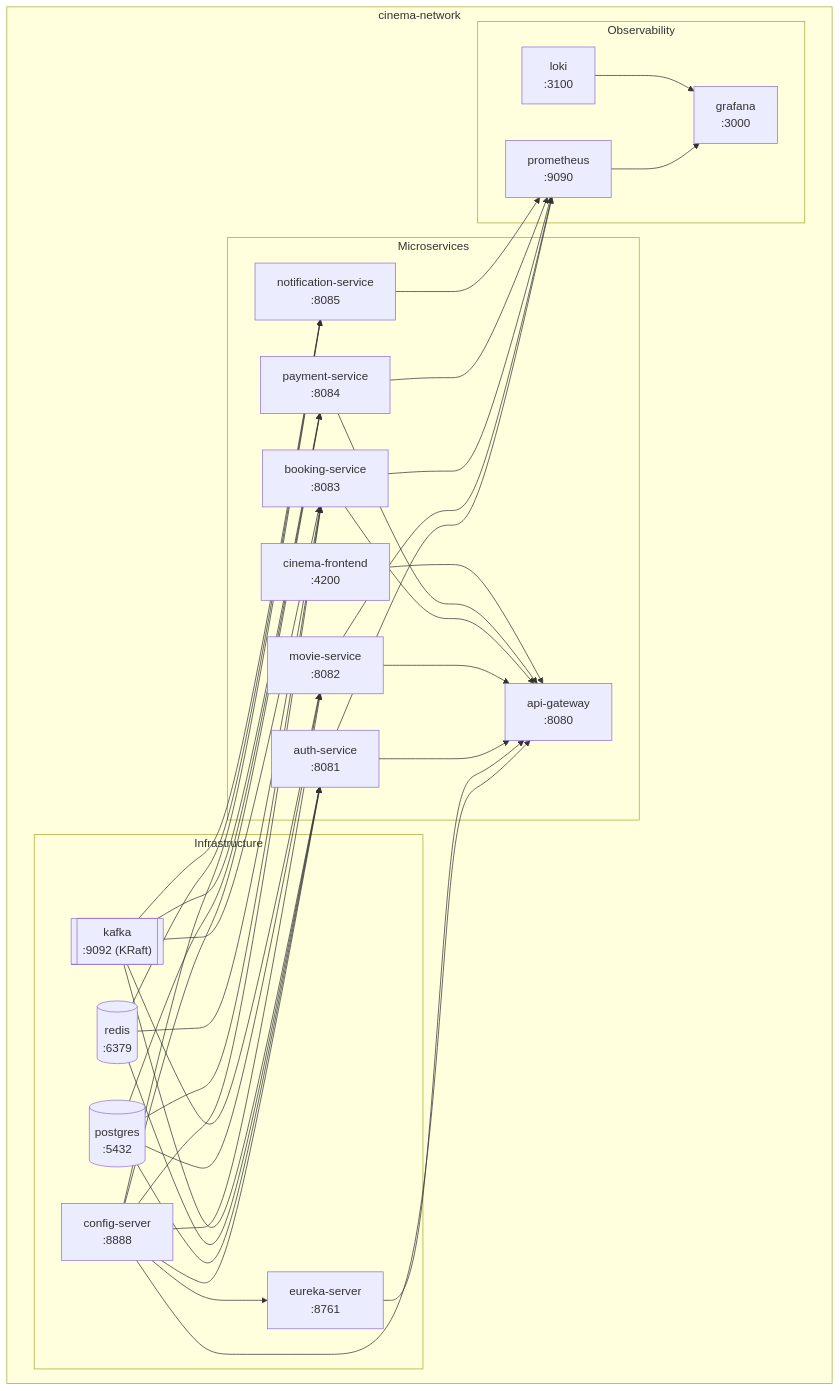
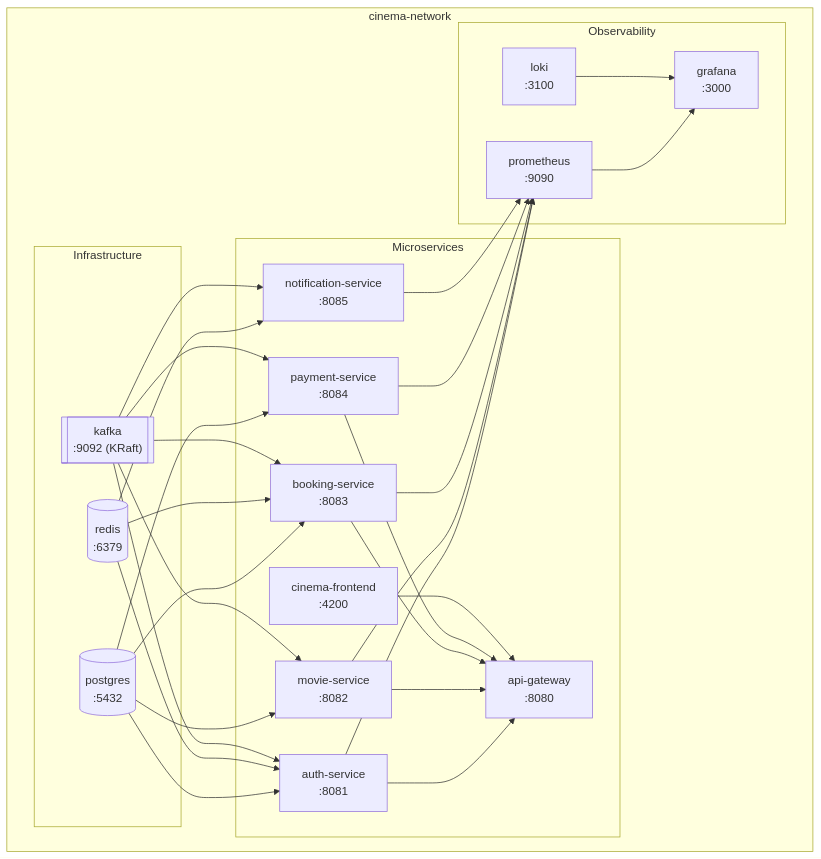
The second of 25 diagrams in docs/system-design-mermaid-diagrams-all-services-flows.md (namnd0312/ms-cinema), drawn with Mermaid before and after one commit. The commit also changed other lines of this file and 49 other files, not shown here.

Commit message:
260409-1934-remove-eureka-config-server

````diff
--- a/docs/system-design-mermaid-diagrams-all-services-flows.md
+++ b/docs/system-design-mermaid-diagrams-all-services-flows.md
@@ -143,62 +126,52 @@
 ```mermaid
 graph LR
     subgraph cinema-network
         direction LR
         subgraph infra["Infrastructure"]
             PG[("postgres\n:5432")]
             Redis[("redis\n:6379")]
             Kafka[["kafka\n:9092 (KRaft)"]]
-            Config["config-server\n:8888"]
-            Eureka["eureka-server\n:8761"]
         end
 
         subgraph services["Microservices"]
             Auth["auth-service\n:8081"]
             Movie["movie-service\n:8082"]
             Booking["booking-service\n:8083"]
             Payment["payment-service\n:8084"]
             Notif["notification-service\n:8085"]
             Gateway["api-gateway\n:8080"]
             Frontend["cinema-frontend\n:4200"]
         end
 
         subgraph observability["Observability"]
             Prometheus["prometheus\n:9090"]
             Grafana["grafana\n:3000"]
             Loki["loki\n:3100"]
         end
     end
 
-    Config --> Eureka
-    Config --> Auth
-    Config --> Movie
-    Config --> Booking
-    Config --> Payment
-    Config --> Notif
-    Config --> Gateway
-    Eureka --> Gateway
     PG --> Auth
     PG --> Movie
     PG --> Booking
     PG --> Payment
     Redis --> Auth
     Redis --> Booking
     Redis --> Notif
     Kafka --> Auth
     Kafka --> Movie
     Kafka --> Booking
     Kafka --> Payment
     Kafka --> Notif
     Auth --> Gateway
     Movie --> Gateway
     Booking --> Gateway
     Payment --> Gateway
     Frontend --> Gateway
     Auth --> Prometheus
     Movie --> Prometheus
     Booking --> Prometheus
     Payment --> Prometheus
     Notif --> Prometheus
     Prometheus --> Grafana
     Loki --> Grafana
 ```
````
